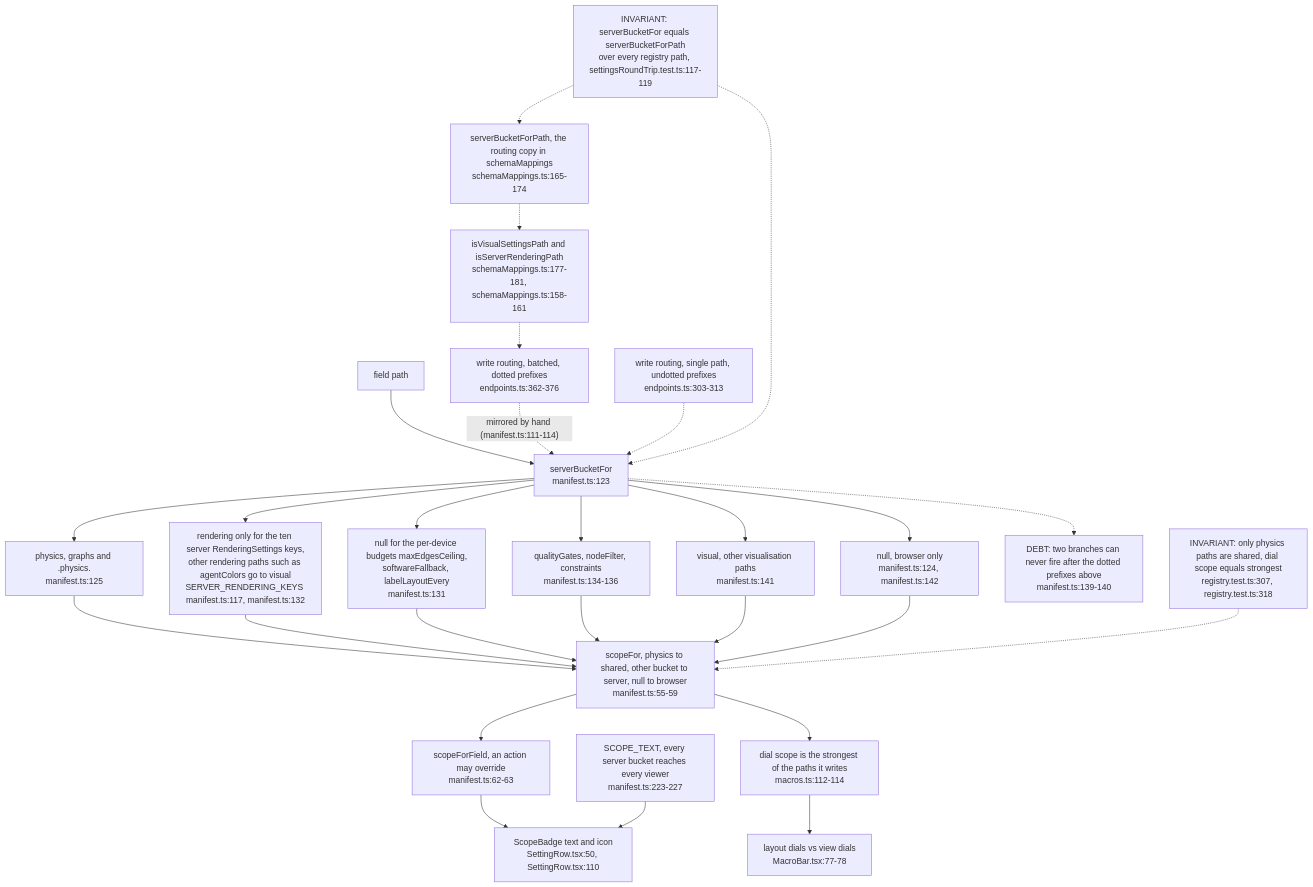
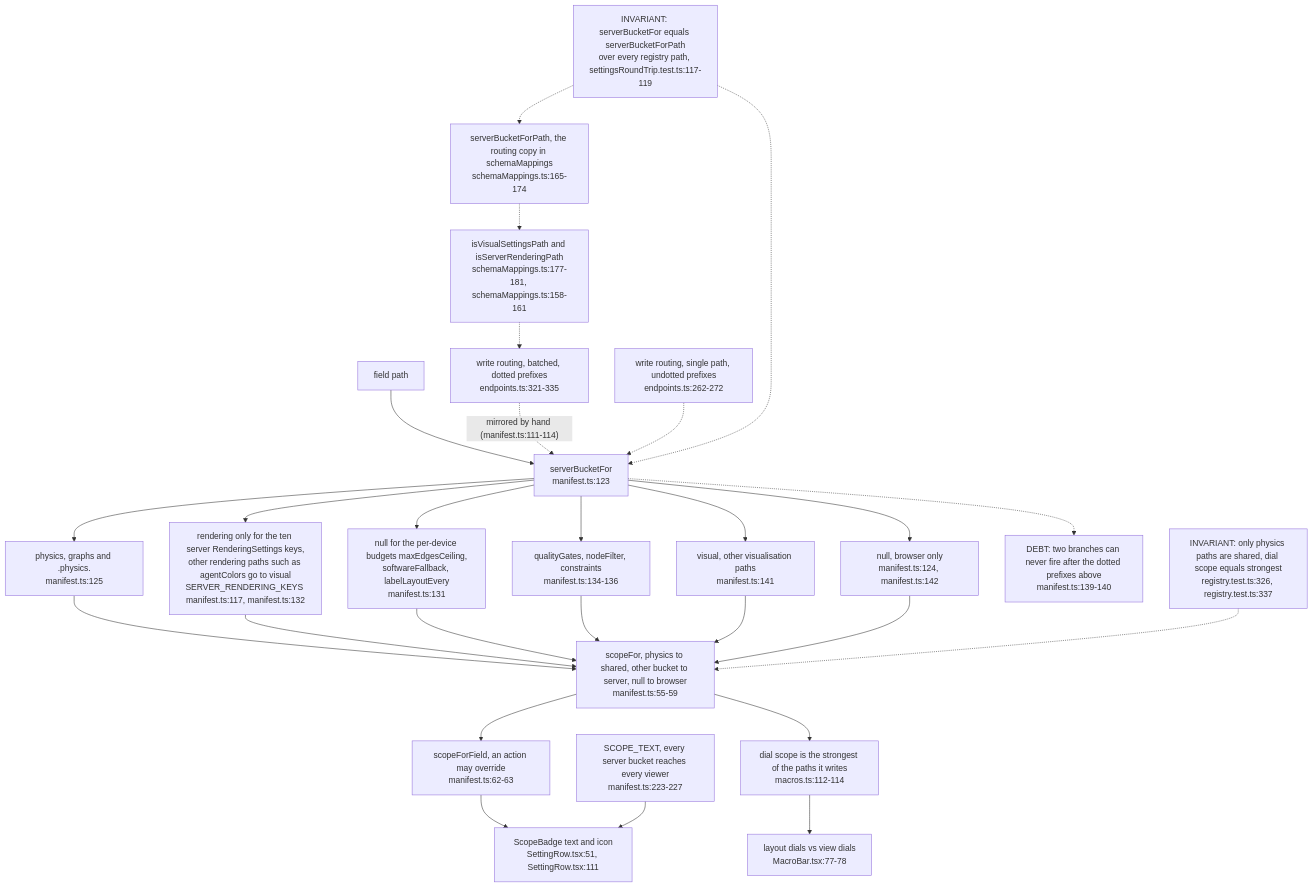
The fourth of 12 diagrams in docs/diagrams/visionclaw/57-control-centre-ia-and-drawer.md (DreamLab-AI/VisionFlow), drawn with Mermaid before and after one commit. The commit also changed other lines of this file and 81 other files, not shown here.

First line of the commit message:
docs(diagrams): roll VisionClaw topics to main 010e1109b (PR 37 and 38 merged); fix remaining prose citations

````diff
--- a/docs/diagrams/visionclaw/57-control-centre-ia-and-drawer.md
+++ b/docs/diagrams/visionclaw/57-control-centre-ia-and-drawer.md
@@ -160,29 +160,29 @@
 ```mermaid
 flowchart TB
     PATH["field path"] --> SBF["serverBucketFor<br/>manifest.ts:123"]
     SBF --> B1["physics, graphs and .physics.<br/>manifest.ts:125"]
     SBF --> B2["rendering only for the ten server RenderingSettings keys,<br/>other rendering paths such as agentColors go to visual<br/>SERVER_RENDERING_KEYS manifest.ts:117, manifest.ts:132"]
     SBF --> B2D["null for the per-device budgets maxEdgesCeiling,<br/>softwareFallback, labelLayoutEvery<br/>manifest.ts:131"]
     SBF --> B2Q["qualityGates, nodeFilter, constraints<br/>manifest.ts:134-136"]
     SBF --> B3["visual, other visualisation paths<br/>manifest.ts:141"]
     SBF --> B4["null, browser only<br/>manifest.ts:124, manifest.ts:142"]
     SBF -.-> DEAD["DEBT: two branches can never fire after the dotted prefixes above<br/>manifest.ts:139-140"]
     B1 --> SF["scopeFor, physics to shared, other bucket to server, null to browser<br/>manifest.ts:55-59"]
     B2 --> SF
     B2D --> SF
     B2Q --> SF
     B3 --> SF
     B4 --> SF
     SF --> SFF["scopeForField, an action may override<br/>manifest.ts:62-63"]
-    SFF --> BADGE["ScopeBadge text and icon<br/>SettingRow.tsx:50, SettingRow.tsx:110"]
+    SFF --> BADGE["ScopeBadge text and icon<br/>SettingRow.tsx:51, SettingRow.tsx:111"]
     TXT["SCOPE_TEXT, every server bucket reaches every viewer<br/>manifest.ts:223-227"] --> BADGE
     SF --> MAC["dial scope is the strongest of the paths it writes<br/>macros.ts:112-114"]
     MAC --> DIALS["layout dials vs view dials<br/>MacroBar.tsx:77-78"]
-    INV["INVARIANT: only physics paths are shared, dial scope equals strongest<br/>registry.test.ts:307, registry.test.ts:318"] -.-> SF
-    R1["write routing, batched, dotted prefixes<br/>endpoints.ts:362-376"] -.->|"mirrored by hand (manifest.ts:111-114)"| SBF
-    R2["write routing, single path, undotted prefixes<br/>endpoints.ts:303-313"] -.-> SBF
+    INV["INVARIANT: only physics paths are shared, dial scope equals strongest<br/>registry.test.ts:326, registry.test.ts:337"] -.-> SF
+    R1["write routing, batched, dotted prefixes<br/>endpoints.ts:321-335"] -.->|"mirrored by hand (manifest.ts:111-114)"| SBF
+    R2["write routing, single path, undotted prefixes<br/>endpoints.ts:262-272"] -.-> SBF
     R3["isVisualSettingsPath and isServerRenderingPath<br/>schemaMappings.ts:177-181, schemaMappings.ts:158-161"] -.-> R1
     R4["serverBucketForPath, the routing copy in schemaMappings<br/>schemaMappings.ts:165-174"] -.-> R3
     PIN["INVARIANT: serverBucketFor equals serverBucketForPath<br/>over every registry path, settingsRoundTrip.test.ts:117-119"] -.-> SBF
     PIN -.-> R4
 ```
````
